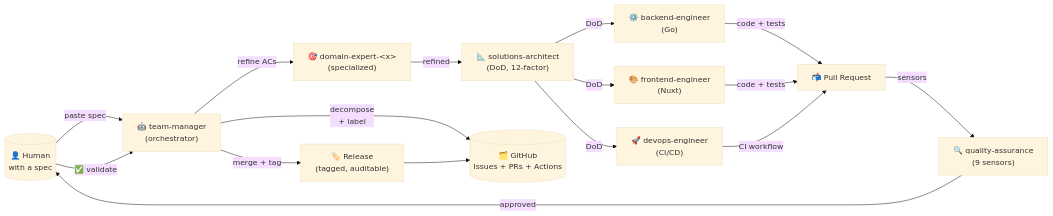
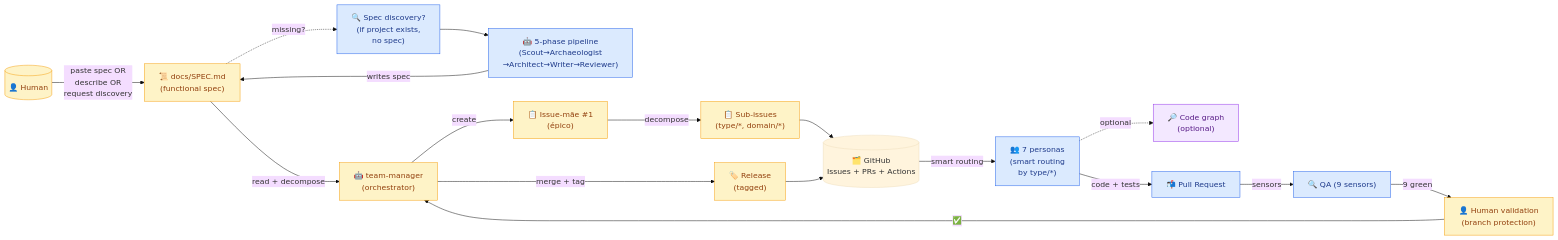
The first of 6 diagrams in README.md (brenonaraujo/git-meta-harness), drawn with Mermaid (base theme) before and after one commit. The commit also changed other lines of this file and 4 other files, not shown here.

First line of the commit message:
docs: add HOWTO.md + code-graph skill + redraw full loop diagram (v1.4.0)

````diff
--- a/README.md
+++ b/README.md
@@ -39,30 +41,43 @@
 ```mermaid
 flowchart LR
-    H[("👤 Human<br/>with a spec")]
+    H[("👤 Human")]
+    SPEC["📜 docs/SPEC.md<br/>(functional spec)"]
+    DISCOVER["🔍 Spec discovery?<br/>(if project exists,<br/>no spec)"]
+    REVERSA["🤖 5-phase pipeline<br/>(Scout→Archaeologist<br/>→Architect→Writer→Reviewer)"]
     TM["🤖 team-manager<br/>(orchestrator)"]
-    DE["🎯 domain-expert-&lt;x&gt;<br/>(specialized)"]
-    SA["📐 solutions-architect<br/>(DoD, 12-factor)"]
-    BE["⚙️ backend-engineer<br/>(Go)"]
-    FE["🎨 frontend-engineer<br/>(Nuxt)"]
-    DO["🚀 devops-engineer<br/>(CI/CD)"]
-    QA["🔍 quality-assurance<br/>(9 sensors)"]
+    EPIC["📋 Issue-mãe #1<br/>(épico)"]
+    SUB["📋 Sub-issues<br/>(type/*, domain/*)"]
+    GH[("🗂️ GitHub<br/>Issues + PRs + Actions")]
+    P["👥 7 personas<br/>(smart routing<br/>by type/*)"]
+    CG["🔎 Code graph<br/>(optional)"]
     PR["📬 Pull Request"]
-    GH[("🗂️ GitHub<br/>Issues + PRs + Actions")]
-    REL["🏷️ Release<br/>(tagged, auditable)"]
+    QA["🔍 QA (9 sensors)"]
+    HVAL["👤 Human validation<br/>(branch protection)"]
+    REL["🏷️ Release<br/>(tagged)"]
 
-    H -->|"paste spec"| TM
-    TM -->|"decompose<br/>+ label"| GH
-    TM -->|"refine ACs"| DE
-    DE -->|"refined"| SA
-    SA -->|"DoD"| BE
-    SA -->|"DoD"| FE
-    SA -->|"DoD"| DO
-    BE -->|"code + tests"| PR
-    FE -->|"code + tests"| PR
-    DO -->|"CI workflow"| PR
+    H -->|"paste spec OR<br/>describe OR<br/>request discovery"| SPEC
+    SPEC -.->|"missing?"| DISCOVER
+    DISCOVER --> REVERSA
+    REVERSA -->|"writes spec"| SPEC
+    SPEC -->|"read + decompose"| TM
+    TM -->|"create"| EPIC
+    EPIC -->|"decompose"| SUB
+    SUB --> GH
+    GH -->|"smart routing"| P
+    P -.->|"optional"| CG
+    P -->|"code + tests"| PR
     PR -->|"sensors"| QA
-    QA -->|"approved"| H
-    H -->|"✅ validate"| TM
+    QA -->|"9 green"| HVAL
+    HVAL -->|"✅"| TM
     TM -->|"merge + tag"| REL
     REL --> GH
+
+    classDef user fill:#fef3c7,stroke:#f59e0b,color:#92400e
+    classDef tm fill:#fef3c7,stroke:#f59e0b,color:#92400e
+    classDef data fill:#f3e8ff,stroke:#9333ea,color:#581c87
+    classDef tools fill:#dbeafe,stroke:#2563eb,color:#1e3a8a
+    class H,SPEC,HVAL user
+    class TM,EPIC,SUB,REL tm
+    class DISCOVER,REVERSA,P,PR,QA tools
+    class CG data
 ```
````
